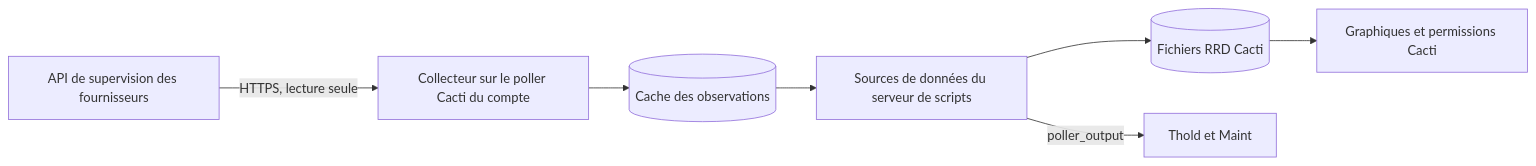
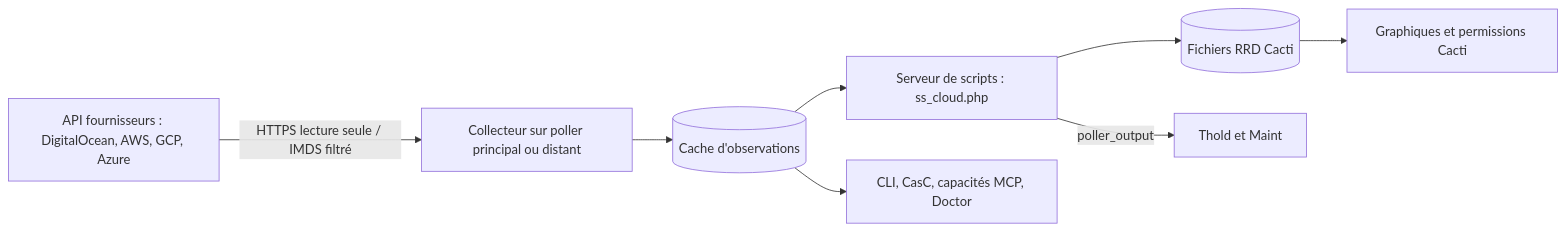
The diagram in docs/i18n/fr-SN/README.md (somethingwithproof/plugin_cloud), drawn with Mermaid before and after one commit. The commit also changed other lines of this file and 48 other files, not shown here.

First line of the commit message:
docs(readme): document AWS, GCP, Azure drivers, remote collectors, and ecosystem hooks

````diff
--- a/docs/i18n/fr-SN/README.md
+++ b/docs/i18n/fr-SN/README.md
@@ -100,9 +148,10 @@
 ```mermaid
 flowchart LR
-    API[API de supervision des fournisseurs] -->|HTTPS, lecture seule| C[Collecteur sur le poller Cacti du compte]
-    C --> O[(Cache des observations)]
-    O --> SS[Sources de données du serveur de scripts]
+    API[API fournisseurs : DigitalOcean, AWS, GCP, Azure] -->|HTTPS lecture seule / IMDS filtré| C[Collecteur sur poller principal ou distant]
+    C --> O[(Cache d'observations)]
+    O --> SS[Serveur de scripts : ss_cloud.php]
     SS --> RRD[(Fichiers RRD Cacti)]
     SS -->|poller_output| T[Thold et Maint]
     RRD --> G[Graphiques et permissions Cacti]
+    O --> ECO[CLI, CasC, capacités MCP, Doctor]
 ```
````
